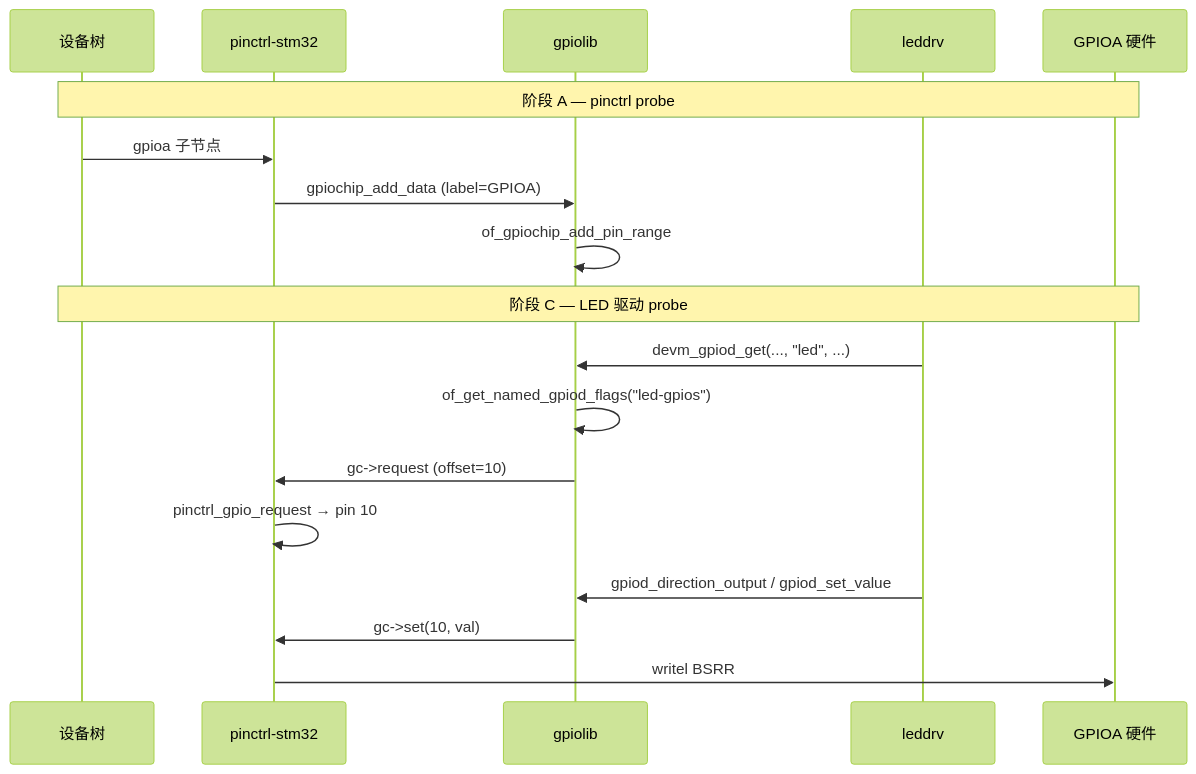
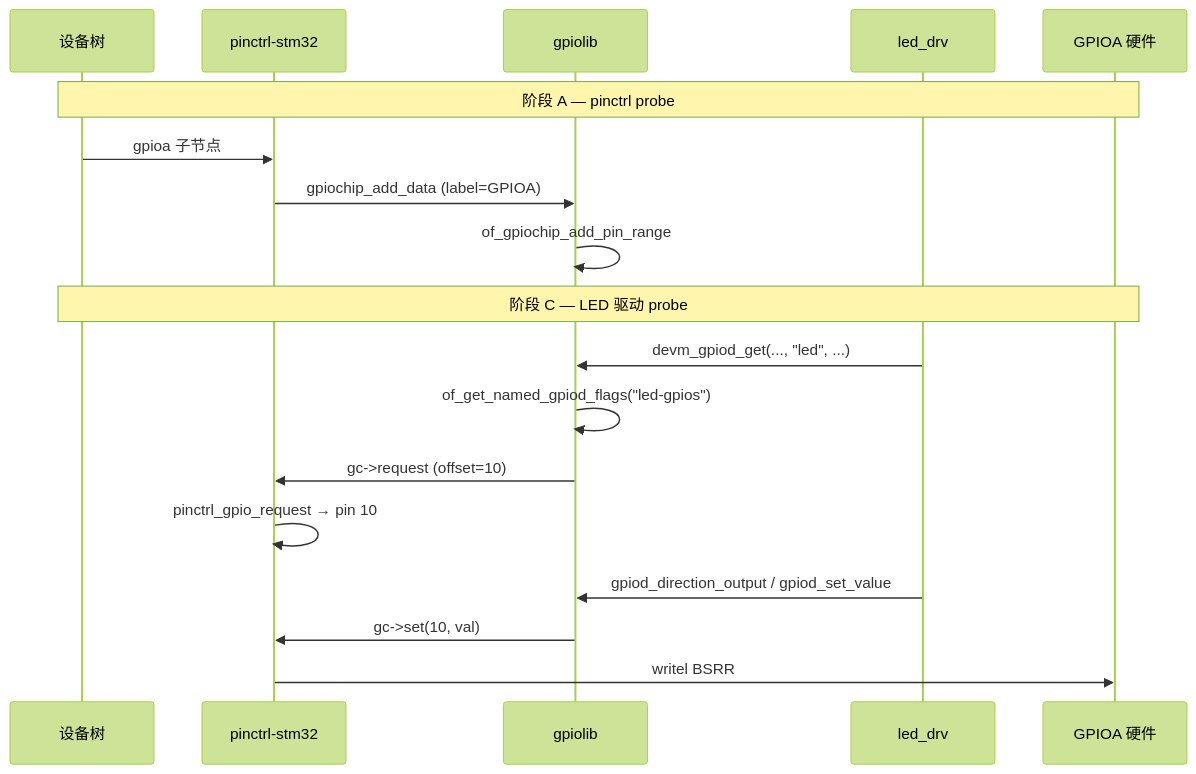
One commit to dengtaowei/blogD changed the second of 3 diagrams in docs/analysis/kernel/gpio/stm32-gpio.md. Above: the diagram before and after it, drawn with Mermaid (forest theme). The commit also changed other lines of this file and 3 other files, not shown here.

````diff
--- a/docs/analysis/kernel/gpio/stm32-gpio.md
+++ b/docs/analysis/kernel/gpio/stm32-gpio.md
@@ -76,22 +76,22 @@
 ```mermaid
 sequenceDiagram
     participant DTS as 设备树
     participant STM32 as pinctrl-stm32
     participant GPIOLIB as gpiolib
-    participant LED as leddrv
+    participant LED as led_drv
     participant HW as GPIOA 硬件
 
     Note over DTS,HW: 阶段 A — pinctrl probe
     DTS->>STM32: gpioa 子节点
     STM32->>GPIOLIB: gpiochip_add_data (label=GPIOA)
     GPIOLIB->>GPIOLIB: of_gpiochip_add_pin_range
 
     Note over DTS,HW: 阶段 C — LED 驱动 probe
     LED->>GPIOLIB: devm_gpiod_get(..., "led", ...)
     GPIOLIB->>GPIOLIB: of_get_named_gpiod_flags("led-gpios")
     GPIOLIB->>STM32: gc->request (offset=10)
     STM32->>STM32: pinctrl_gpio_request → pin 10
     LED->>GPIOLIB: gpiod_direction_output / gpiod_set_value
     GPIOLIB->>STM32: gc->set(10, val)
     STM32->>HW: writel BSRR
 ```
````
